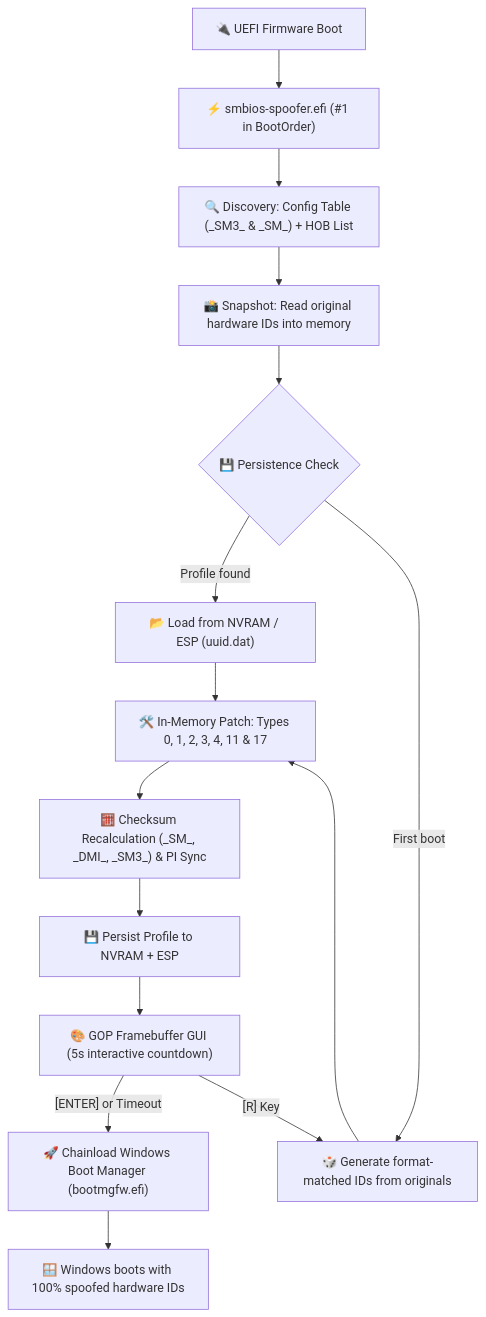
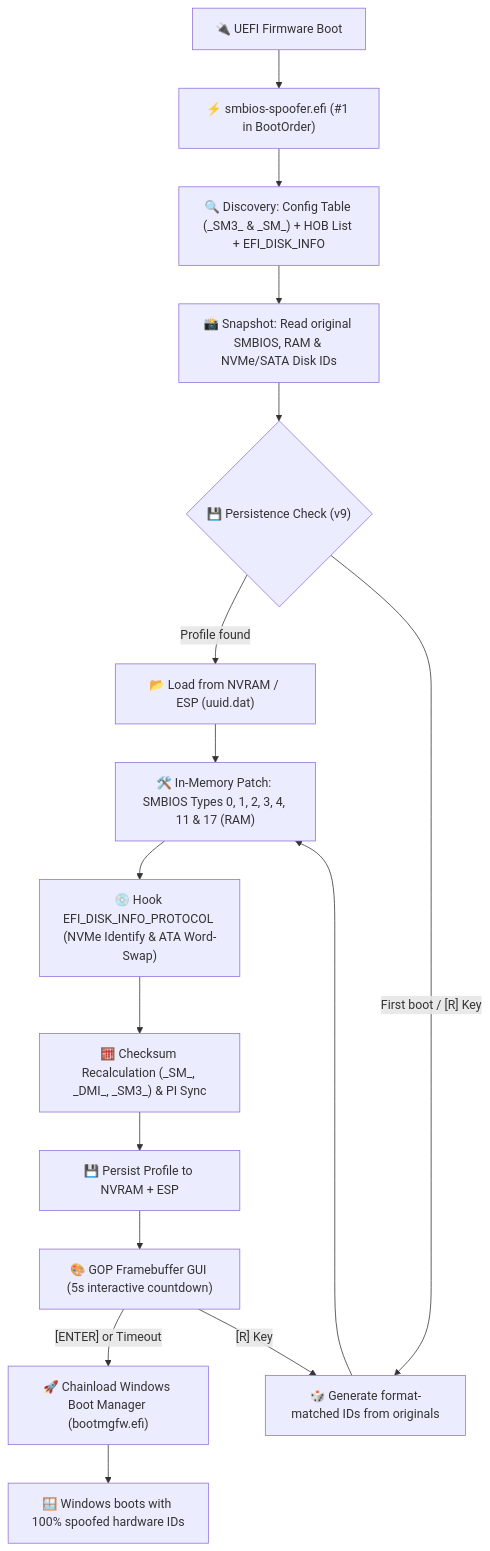
One commit to 7ShIkI3/smbios-spoofer-rs changed the diagram in README.md. Above: the diagram before and after it, drawn with Mermaid. The commit also changed other lines of this file and 13 other files, not shown here.

Commit message:
feat: add Type 22/39 spoofing, NVMe PassThru hook, default MAC spoof, GOP pause & README gallery

````diff
--- a/README.md
+++ b/README.md
@@ -56,17 +91,18 @@
 ```mermaid
 flowchart TD
     A["🔌 UEFI Firmware Boot"] --> B["⚡ smbios-spoofer.efi (#1 in BootOrder)"]
-    B --> C["🔍 Discovery: Config Table (_SM3_ & _SM_) + HOB List"]
-    C --> D["📸 Snapshot: Read original hardware IDs into memory"]
-    D --> E{"💾 Persistence Check"}
+    B --> C["🔍 Discovery: Config Table (_SM3_ & _SM_) + HOB List + EFI_DISK_INFO"]
+    C --> D["📸 Snapshot: Read original SMBIOS, RAM & NVMe/SATA Disk IDs"]
+    D --> E{"💾 Persistence Check (v9)"}
     E -- "Profile found" --> F["📂 Load from NVRAM / ESP (uuid.dat)"]
-    E -- "First boot" --> G["🎲 Generate format-matched IDs from originals"]
-    F --> H["🛠️ In-Memory Patch: Types 0, 1, 2, 3, 4, 11 & 17"]
+    E -- "First boot / [R] Key" --> G["🎲 Generate format-matched IDs from originals"]
+    F --> H["🛠️ In-Memory Patch: SMBIOS Types 0, 1, 2, 3, 4, 11 & 17 (RAM)"]
     G --> H
-    H --> I["🧮 Checksum Recalculation (_SM_, _DMI_, _SM3_) & PI Sync"]
-    I --> J["💾 Persist Profile to NVRAM + ESP"]
-    J --> K["🎨 GOP Framebuffer GUI (5s interactive countdown)"]
-    K -- "[ENTER] or Timeout" --> L["🚀 Chainload Windows Boot Manager (bootmgfw.efi)"]
-    K -- "[R] Key" --> G
-    L --> M["🪟 Windows boots with 100% spoofed hardware IDs"]
+    H --> I["💿 Hook EFI_DISK_INFO_PROTOCOL (NVMe Identify & ATA Word-Swap)"]
+    I --> J["🧮 Checksum Recalculation (_SM_, _DMI_, _SM3_) & PI Sync"]
+    J --> K["💾 Persist Profile to NVRAM + ESP"]
+    K --> L["🎨 GOP Framebuffer GUI (5s interactive countdown)"]
+    L -- "[ENTER] or Timeout" --> M["🚀 Chainload Windows Boot Manager (bootmgfw.efi)"]
+    L -- "[R] Key" --> G
+    M --> N["🪟 Windows boots with 100% spoofed hardware IDs"]
 ```
````
